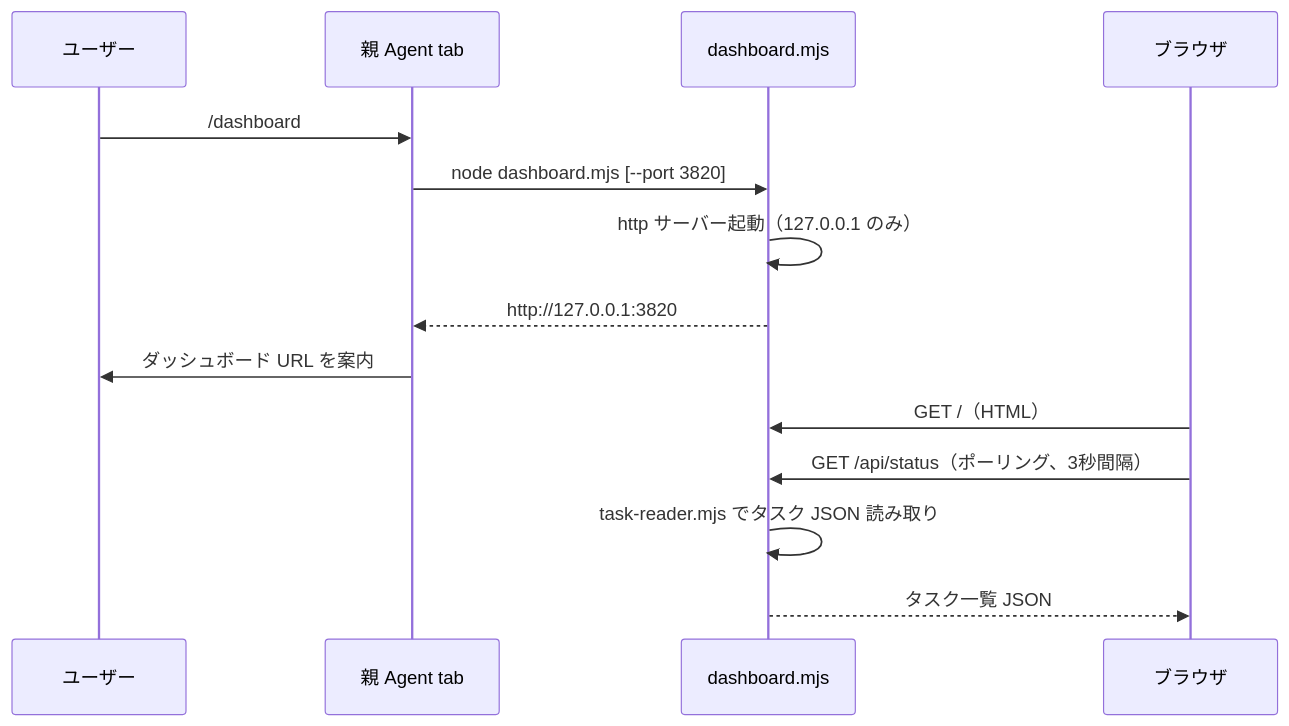
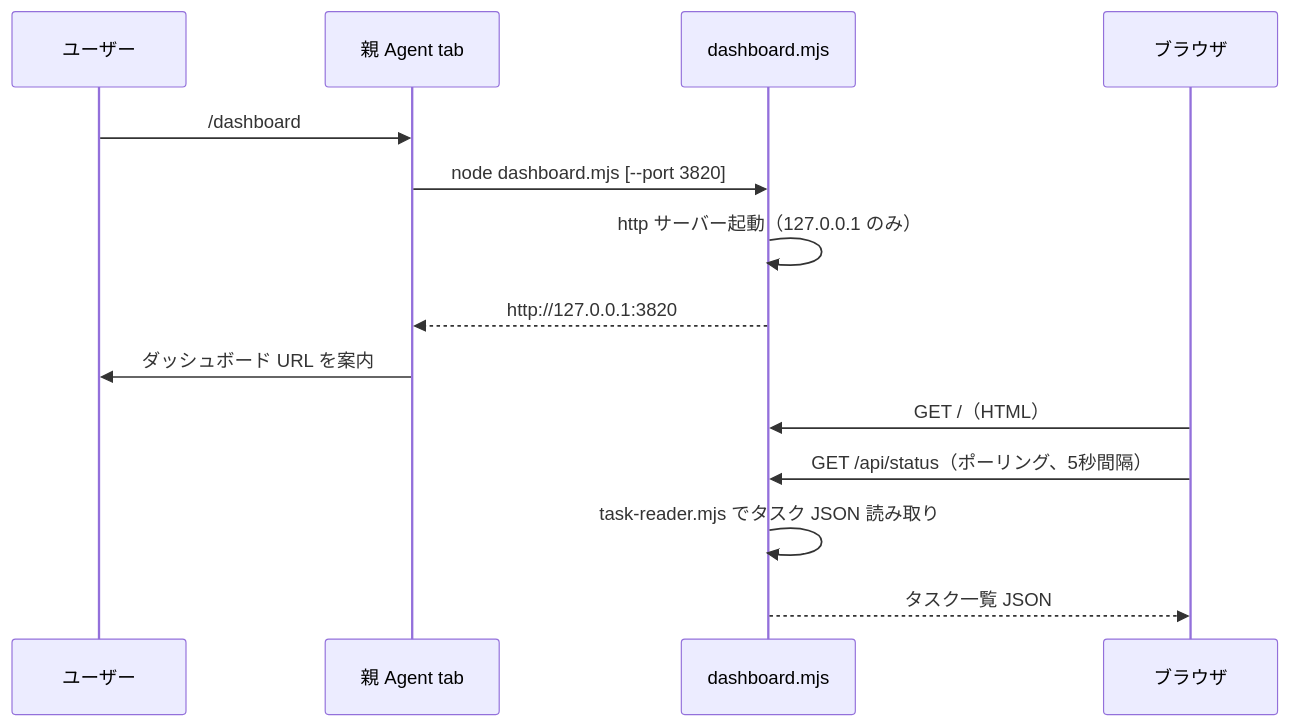
Before and after one commit to retocrooman/cursor-power: diagram 13 of 13 in DESIGN.md, drawn with Mermaid. The commit also changed other lines of this file and 4 other files, not shown here.

````diff
--- a/DESIGN.md
+++ b/DESIGN.md
@@ -475,17 +475,17 @@
 ```mermaid
 sequenceDiagram
   participant U as ユーザー
   participant P as 親 Agent tab
   participant D as dashboard.mjs
   participant B as ブラウザ
 
   U->>P: /dashboard
   P->>D: node dashboard.mjs [--port 3820]
   D->>D: http サーバー起動（127.0.0.1 のみ）
   D-->>P: http://127.0.0.1:3820
   P->>U: ダッシュボード URL を案内
   B->>D: GET /（HTML）
-  B->>D: GET /api/status（ポーリング、3秒間隔）
+  B->>D: GET /api/status（ポーリング、5秒間隔）
   D->>D: task-reader.mjs でタスク JSON 読み取り
   D-->>B: タスク一覧 JSON
 ```
````
